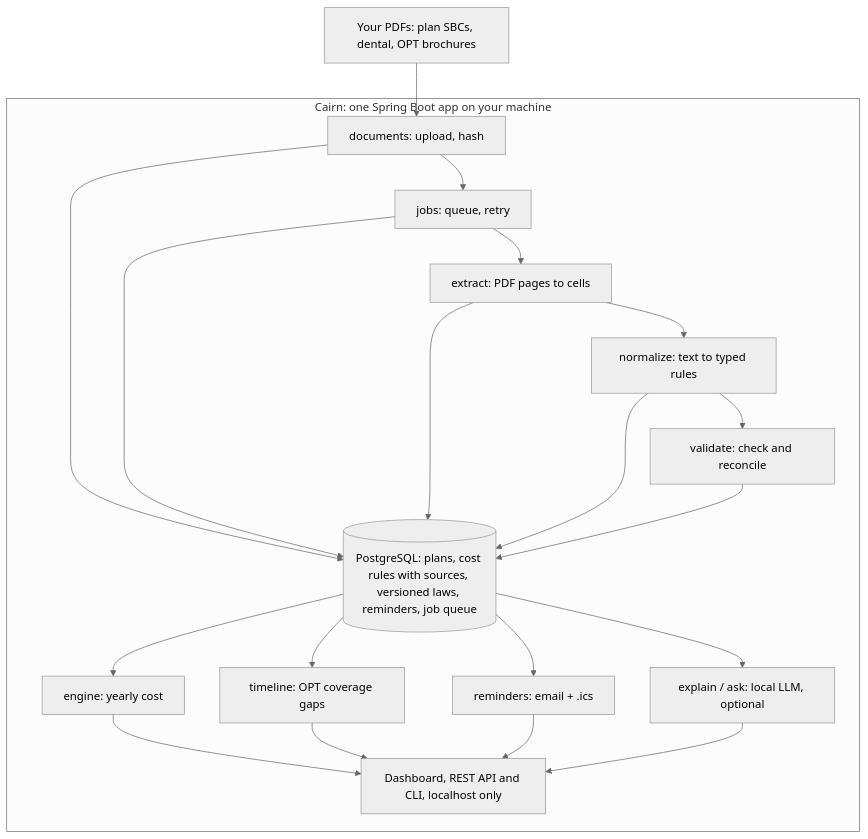
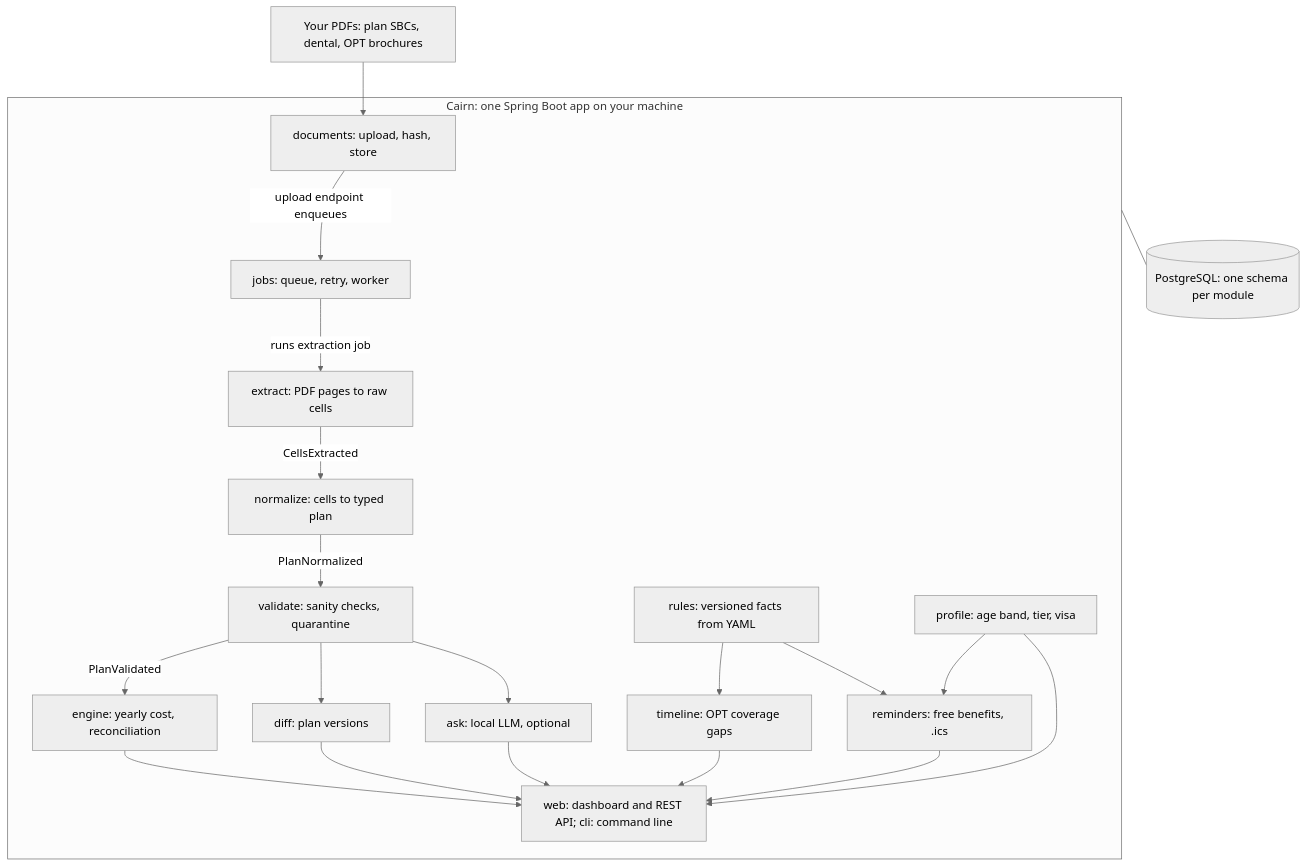
One commit to vbhairishetty/cairn changed the first of 2 diagrams in docs/designs/cairn.md. Above: the diagram before and after it, drawn with Mermaid (neutral theme). The commit also changed other lines of this file and 9 other files, not shown here.

````diff
--- a/docs/designs/cairn.md
+++ b/docs/designs/cairn.md
@@ -97,13 +129,18 @@
 ```mermaid
 flowchart TB
   PDF[Your PDFs: plan SBCs, dental, OPT brochures] --> DOC
   subgraph APP[Cairn: one Spring Boot app on your machine]
-    DOC[documents: upload, hash] --> JOBS[jobs: queue, retry] --> EXT[extract: PDF pages to cells] --> NORM[normalize: text to typed rules] --> VAL[validate: check and reconcile]
-    DOC & JOBS & EXT & NORM & VAL --> PG[(PostgreSQL: plans, cost rules with sources, versioned laws, reminders, job queue)]
-    PG --> ENG[engine: yearly cost]
-    PG --> TL[timeline: OPT coverage gaps]
-    PG --> REM[reminders: email + .ics]
-    PG --> ASK[explain / ask: local LLM, optional]
-    ENG & TL & REM & ASK --> UI[Dashboard, REST API and CLI, localhost only]
+    DOC[documents: upload, hash, store] -- upload endpoint enqueues --> JOBS[jobs: queue, retry, worker]
+    JOBS -- runs extraction job --> EXT[extract: PDF pages to raw cells]
+    EXT -- CellsExtracted --> NORM[normalize: cells to typed plan]
+    NORM -- PlanNormalized --> VAL[validate: sanity checks, quarantine]
+    VAL -- PlanValidated --> ENG[engine: yearly cost, reconciliation]
+    VAL --> DIFF[diff: plan versions]
+    RULES[rules: versioned facts from YAML] --> TL[timeline: OPT coverage gaps]
+    RULES --> REM[reminders: free benefits, .ics]
+    PROF[profile: age band, tier, visa] --> REM
+    VAL --> ASK[ask: local LLM, optional]
+    ENG & TL & REM & DIFF & ASK & PROF --> UI[web: dashboard and REST API; cli: command line]
   end
+  APP --- PG[(PostgreSQL: one schema per module)]
 ```
````
